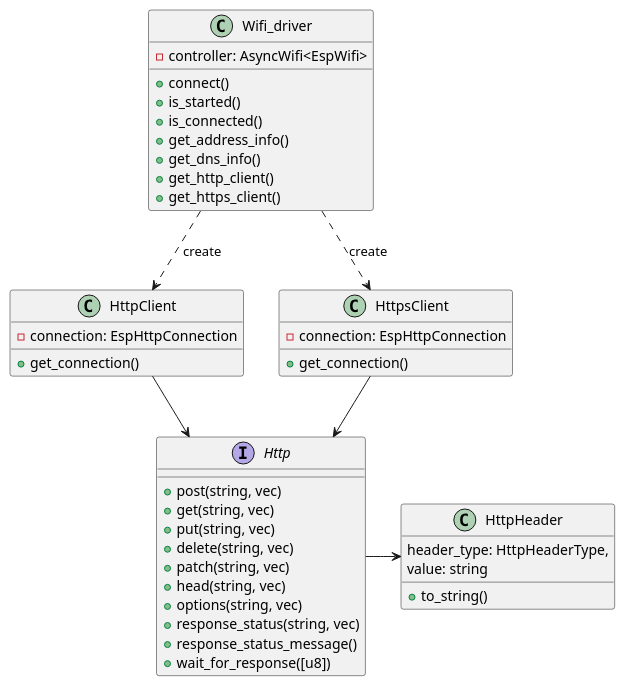
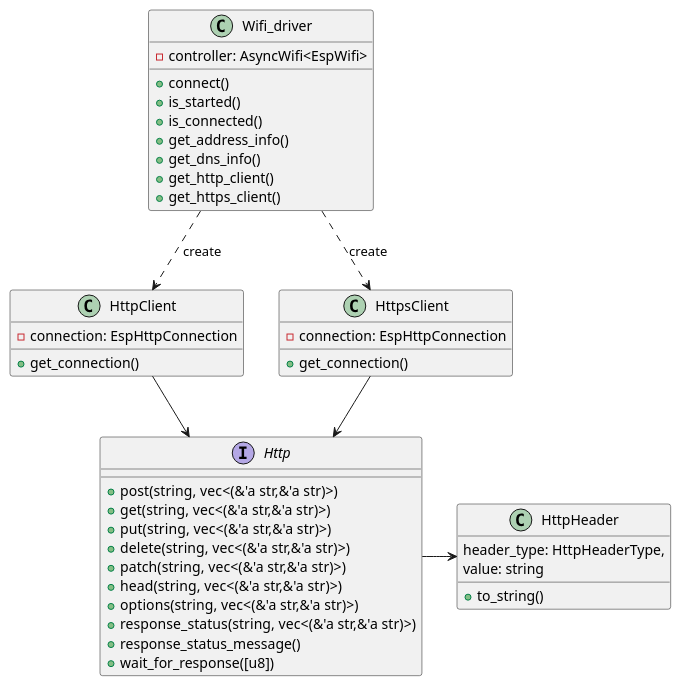
Before and after one commit to esp32framework/esp32framework: the diagram in diagrams/wifi-driver.puml, drawn with PlantUML. The commit also changed 6 other files, not shown here.

```diff
--- a/diagrams/wifi-driver.puml
+++ b/diagrams/wifi-driver.puml
@@ -1,52 +1,52 @@
 @startuml Wifi Driver
 
 class Wifi_driver{
     -controller: AsyncWifi<EspWifi>
     +connect()
     +is_started()
     +is_connected()
     +get_address_info()
     +get_dns_info()
     +get_http_client()
     +get_https_client()
 }
 
 interface Http{
-    +post(string, vec)
-    +get(string, vec)
-    +put(string, vec)
-    +delete(string, vec)
-    +patch(string, vec)
-    +head(string, vec)
-    +options(string, vec)
-    +response_status(string, vec)
+    +post(string, vec<(&'a str,&'a str)>)
+    +get(string, vec<(&'a str,&'a str)>)
+    +put(string, vec<(&'a str,&'a str)>)
+    +delete(string, vec<(&'a str,&'a str)>)
+    +patch(string, vec<(&'a str,&'a str)>)
+    +head(string, vec<(&'a str,&'a str)>)
+    +options(string, vec<(&'a str,&'a str)>)
+    +response_status(string, vec<(&'a str,&'a str)>)
     +response_status_message()
     +wait_for_response([u8])
 }
 
 class HttpClient{
     -connection: EspHttpConnection
     +get_connection()
     
 }
 
 class HttpsClient{
     -connection: EspHttpConnection
     +get_connection()
 }
 
 class HttpHeader {
     header_type: HttpHeaderType,
     value: string
     +to_string()
 }
 
 
 Wifi_driver ..> HttpClient: create
 Wifi_driver ..> HttpsClient: create
 HttpClient --> Http
 HttpsClient --> Http
 Http -> HttpHeader
 
 
 @enduml
```
